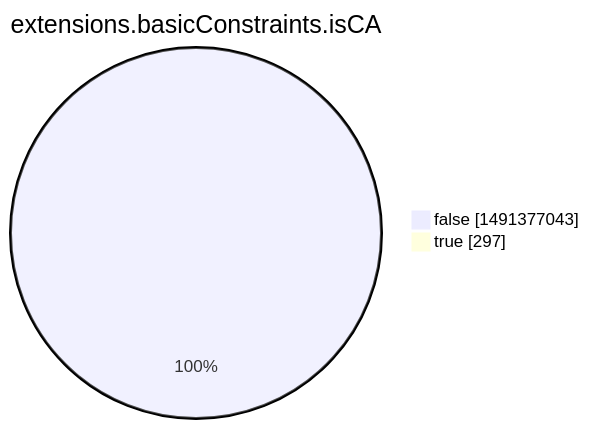
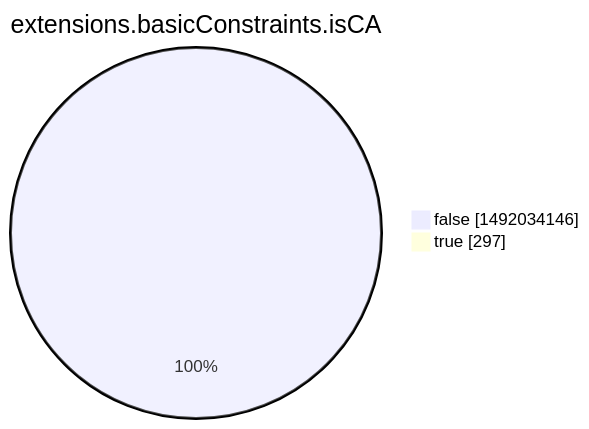
One commit to christiankrug/ctmonitor_visualization changed the eighth of 15 diagrams in argon2022/README.md. Above: the diagram before and after it, drawn with Mermaid. The commit also changed other lines of this file, not shown here.

````diff
--- a/argon2022/README.md
+++ b/argon2022/README.md
@@ -2760,6 +2760,6 @@
 ```mermaid
 pie showData
 title extensions.basicConstraints.isCA
-"false" :1491377043
+"false" :1492034146
 "true" :297
 ```
````
